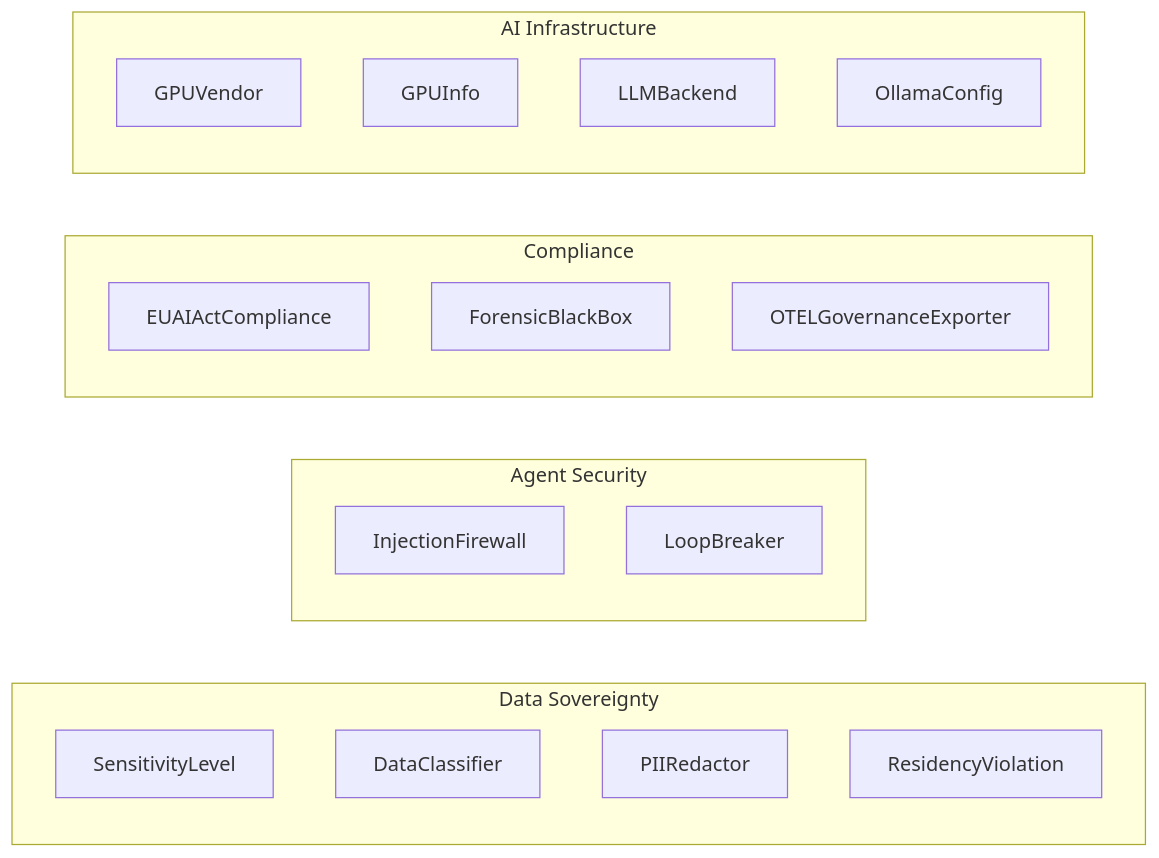
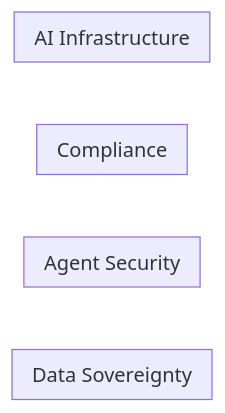
One commit to admina-org/admina changed the second of 4 diagrams in docs/guides/architecture.md. Above: the diagram before and after it, drawn with Mermaid. The commit also changed other lines of this file and 55 other files, not shown here.

````diff
--- a/docs/guides/architecture.md
+++ b/docs/guides/architecture.md
@@ -87,24 +87,15 @@
 ```mermaid
 graph LR
     subgraph ds["Data Sovereignty"]
-                    SensitivityLevel
-        DataClassifier
-        PIIRedactor
-        ResidencyViolation
+
     end
     subgraph as2["Agent Security"]
-                    InjectionFirewall
-        LoopBreaker
+
     end
     subgraph co["Compliance"]
-                    EUAIActCompliance
-        ForensicBlackBox
-        OTELGovernanceExporter
+
     end
     subgraph ai["AI Infrastructure"]
-                    GPUVendor
-        GPUInfo
-        LLMBackend
-        OllamaConfig
+
     end
 ```
````
